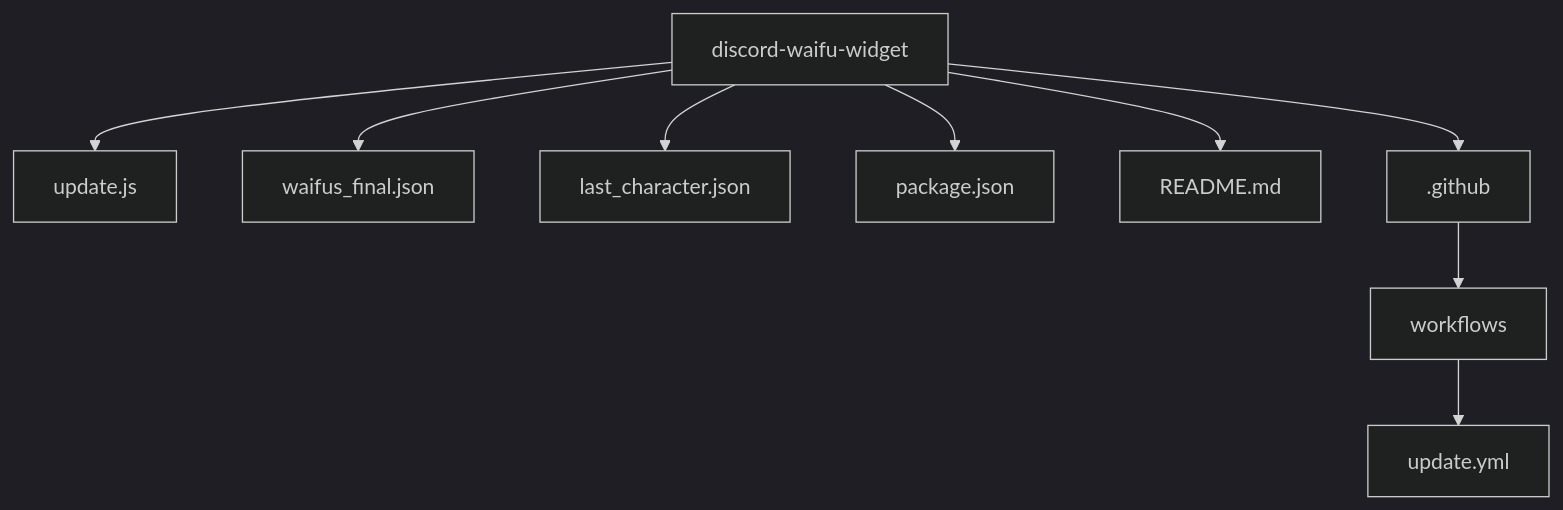
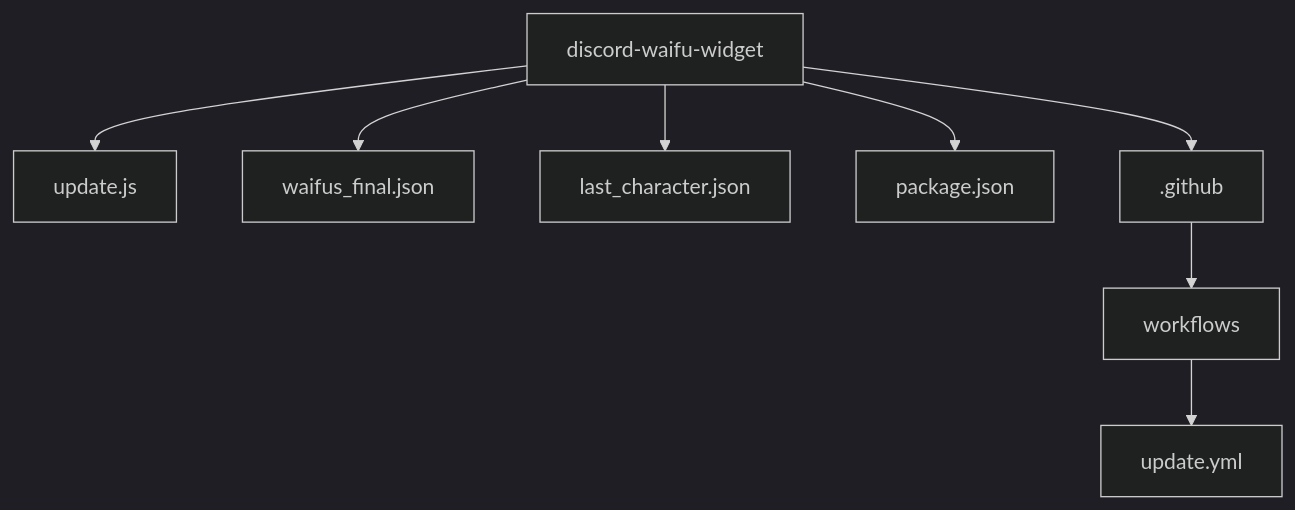
The fifth of 6 diagrams in README.md (MeYashverma/discord-waifu-widget), drawn with Mermaid (dark theme) before and after one commit. The commit also changed other lines of this file, not shown here.

````diff
--- a/README.md
+++ b/README.md
@@ -387,21 +386,19 @@
 ```mermaid
 graph TD
 
 ROOT[discord-waifu-widget]
 
 ROOT --> A[update.js]
 
 ROOT --> B[waifus_final.json]
 
 ROOT --> C[last_character.json]
 
 ROOT --> D[package.json]
 
-ROOT --> E[README.md]
+ROOT --> E[.github]
 
-ROOT --> F[.github]
+E --> F[workflows]
 
-F --> G[workflows]
-
-G --> H[update.yml]
+F --> G[update.yml]
 ```
````
